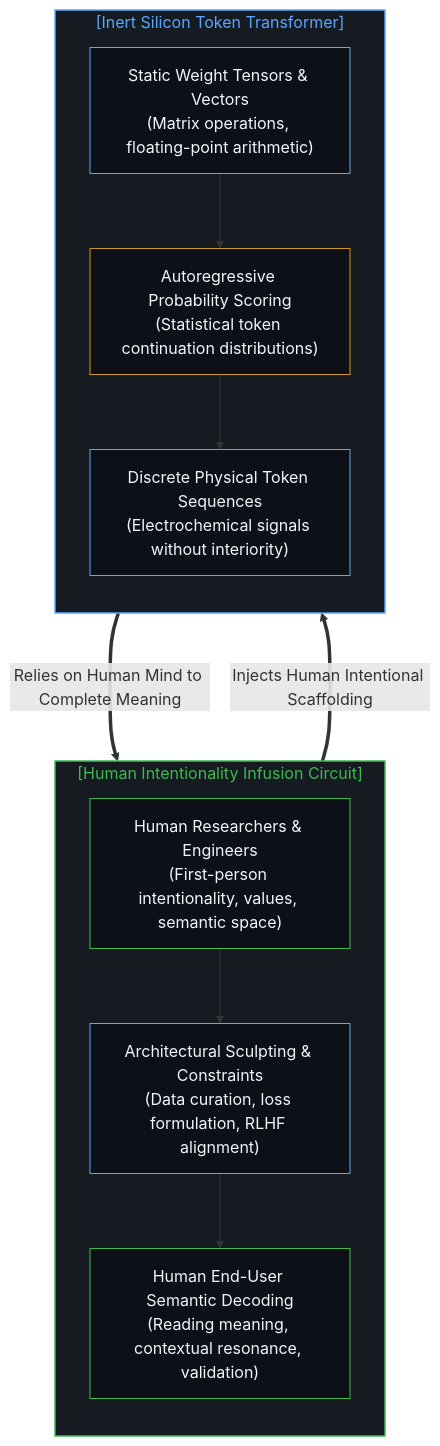
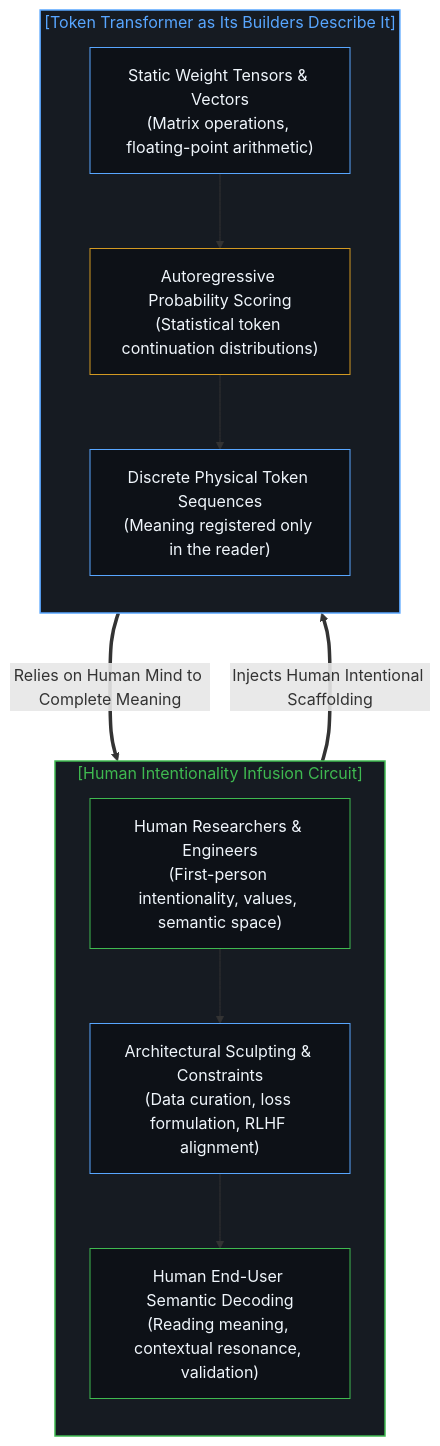
One commit to powerpig99/not-a-toe changed the sixth of 10 diagrams in content/posts/subtracting-consciousness-at-the-source.md. Above: the diagram before and after it, drawn with Mermaid. The commit also changed other lines of this file and 2 other files, not shown here.

````diff
--- a/content/posts/subtracting-consciousness-at-the-source.md
+++ b/content/posts/subtracting-consciousness-at-the-source.md
@@ -172,26 +172,26 @@
 ```mermaid
 graph TD
     subgraph S_HumanCircuit_EN["[Human Intentionality Infusion Circuit]"]
         direction TB
         HE1["Human Researchers & Engineers<br/>(First-person intentionality, values, semantic space)"] --> HE2["Architectural Sculpting & Constraints<br/>(Data curation, loss formulation, RLHF alignment)"]
         HE2 --> HE3["Human End-User Semantic Decoding<br/>(Reading meaning, contextual resonance, validation)"]
     end
 
-    subgraph S_InertSilicon_EN["[Inert Silicon Token Transformer]"]
+    subgraph S_InertSilicon_EN["[Token Transformer as Its Builders Describe It]"]
         direction TB
         ME1["Static Weight Tensors & Vectors<br/>(Matrix operations, floating-point arithmetic)"] --> ME2["Autoregressive Probability Scoring<br/>(Statistical token continuation distributions)"]
-        ME2 --> ME3["Discrete Physical Token Sequences<br/>(Electrochemical signals without interiority)"]
+        ME2 --> ME3["Discrete Physical Token Sequences<br/>(Meaning registered only in the reader)"]
     end
 
     HE2 ===>|"Injects Human Intentional Scaffolding"| ME1
     ME3 ===>|"Relies on Human Mind to Complete Meaning"| HE3
 
     style S_HumanCircuit_EN fill:#161b22,stroke:#3fb950,stroke-width:1.5px,color:#3fb950
     style S_InertSilicon_EN fill:#161b22,stroke:#58a6ff,stroke-width:1.5px,color:#58a6ff
     style HE1 fill:#0d1117,stroke:#3fb950,stroke-width:1px,color:#f0f6fc
     style HE2 fill:#0d1117,stroke:#58a6ff,stroke-width:1px,color:#f0f6fc
     style HE3 fill:#0d1117,stroke:#3fb950,stroke-width:1px,color:#f0f6fc
     style ME1 fill:#0d1117,stroke:#58a6ff,stroke-width:1px,color:#f0f6fc
     style ME2 fill:#0d1117,stroke:#d29922,stroke-width:1px,color:#f0f6fc
     style ME3 fill:#0d1117,stroke:#58a6ff,stroke-width:1px,color:#f0f6fc
 ```
````
